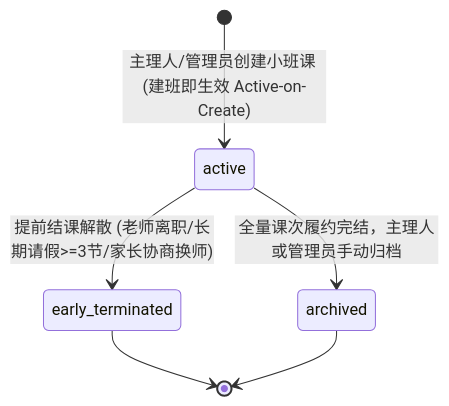
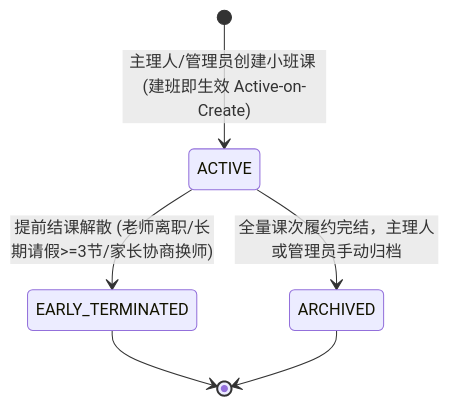
Before and after one commit to Onezao/dream: the second of 2 diagrams in docs/prd/m1c_classes.md, drawn with Mermaid. The commit also changed other lines of this file and 15 other files, not shown here.

````diff
--- a/docs/prd/m1c_classes.md
+++ b/docs/prd/m1c_classes.md
@@ -80,10 +80,10 @@
 ```mermaid
 stateDiagram-v2
-    [*] --> active: 主理人/管理员创建小班课 (建班即生效 Active-on-Create)
+    [*] --> ACTIVE: 主理人/管理员创建小班课 (建班即生效 Active-on-Create)
     
-    active --> early_terminated: 提前结课解散 (老师离职/长期请假>=3节/家长协商换师)
-    active --> archived: 全量课次履约完结，主理人或管理员手动归档
+    ACTIVE --> EARLY_TERMINATED: 提前结课解散 (老师离职/长期请假>=3节/家长协商换师)
+    ACTIVE --> ARCHIVED: 全量课次履约完结，主理人或管理员手动归档
     
-    early_terminated --> [*]
-    archived --> [*]
+    EARLY_TERMINATED --> [*]
+    ARCHIVED --> [*]
 ```
````
